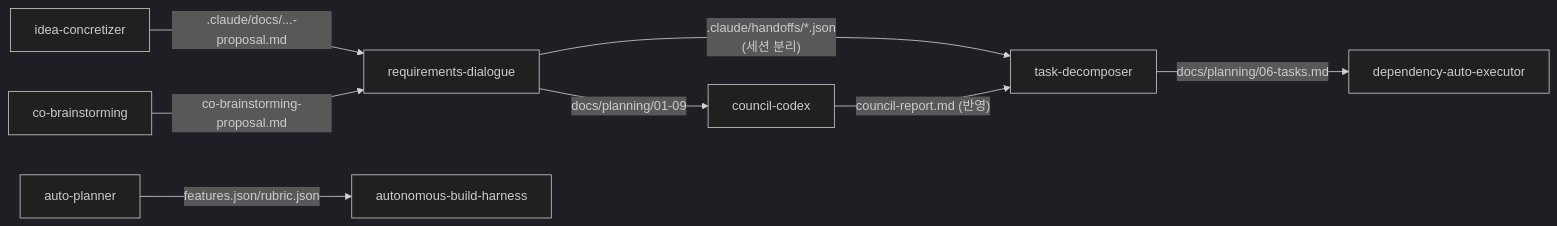
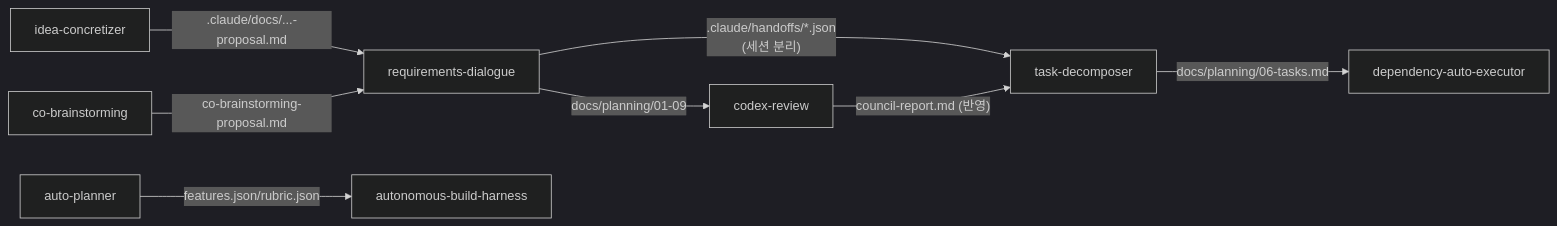
One commit to kyun6318/ClaudeCodeSkill-Setting-Presentation changed the fourth of 5 diagrams in skills/02-SKILLS-RELATIONSHIPS.md. Above: the diagram before and after it, drawn with Mermaid (dark theme). The commit also changed other lines of this file and 10 other files, not shown here.

````diff
--- a/skills/02-SKILLS-RELATIONSHIPS.md
+++ b/skills/02-SKILLS-RELATIONSHIPS.md
@@ -178,14 +178,14 @@
 ```mermaid
 graph LR
     IC["idea-concretizer"] --".claude/docs/...-proposal.md"--> RD["requirements-dialogue"]
     CB["co-brainstorming"] --"co-brainstorming-proposal.md"--> RD
     
-    RD --"docs/planning/01-09"--> CC["council-codex"]
+    RD --"docs/planning/01-09"--> CC["codex-review"]
     RD --".claude/handoffs/*.json<br/>(세션 분리)"--> TD["task-decomposer"]
     
     CC --"council-report.md (반영)"--> TD
     
     TD --"docs/planning/06-tasks.md"--> DAE["dependency-auto-executor"]
     
     AP["auto-planner"] --"features.json/rubric.json"--> ABH["autonomous-build-harness"]
 ```
````
